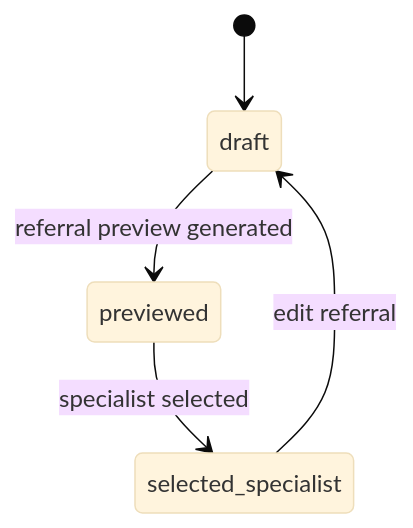
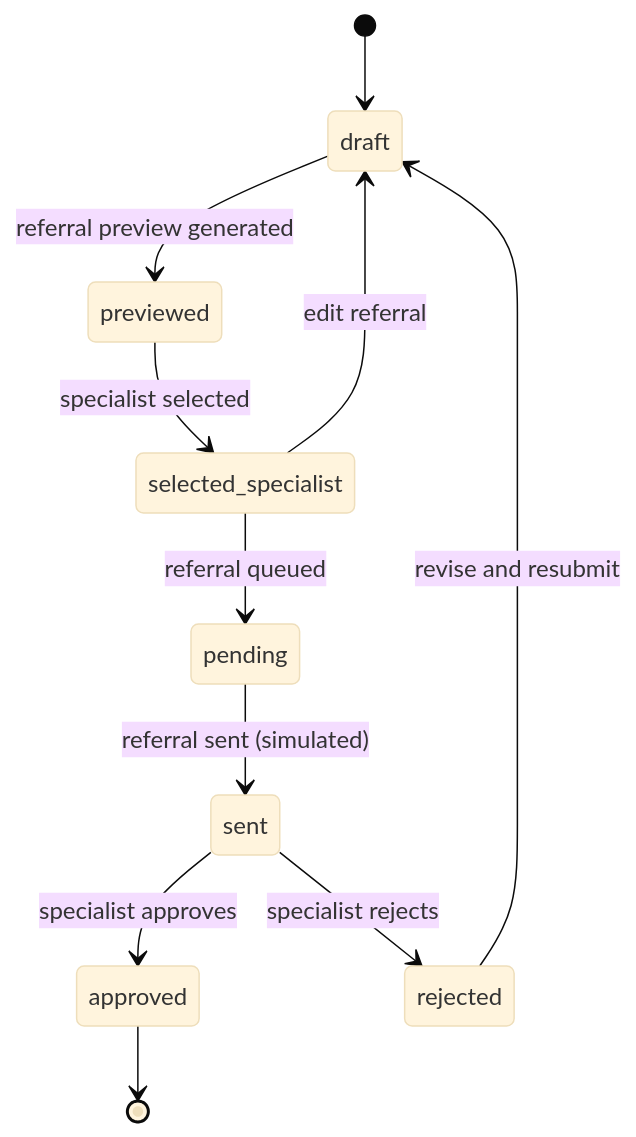
Before and after one commit to Souheil-Yazji/ReferOn: the second of 3 diagrams in docs/master-document.md, drawn with Mermaid (base theme). The commit also changed other lines of this file, not shown here.

````diff
--- a/docs/master-document.md
+++ b/docs/master-document.md
@@ -272,7 +286,13 @@
 ```mermaid
 stateDiagram-v2
   [*] --> draft
   draft --> previewed: referral preview generated
   previewed --> selected_specialist: specialist selected
   selected_specialist --> draft: edit referral
+  selected_specialist --> pending: referral queued
+  pending --> sent: referral sent (simulated)
+  sent --> approved: specialist approves
+  sent --> rejected: specialist rejects
+  rejected --> draft: revise and resubmit
+  approved --> [*]
 ```
````
